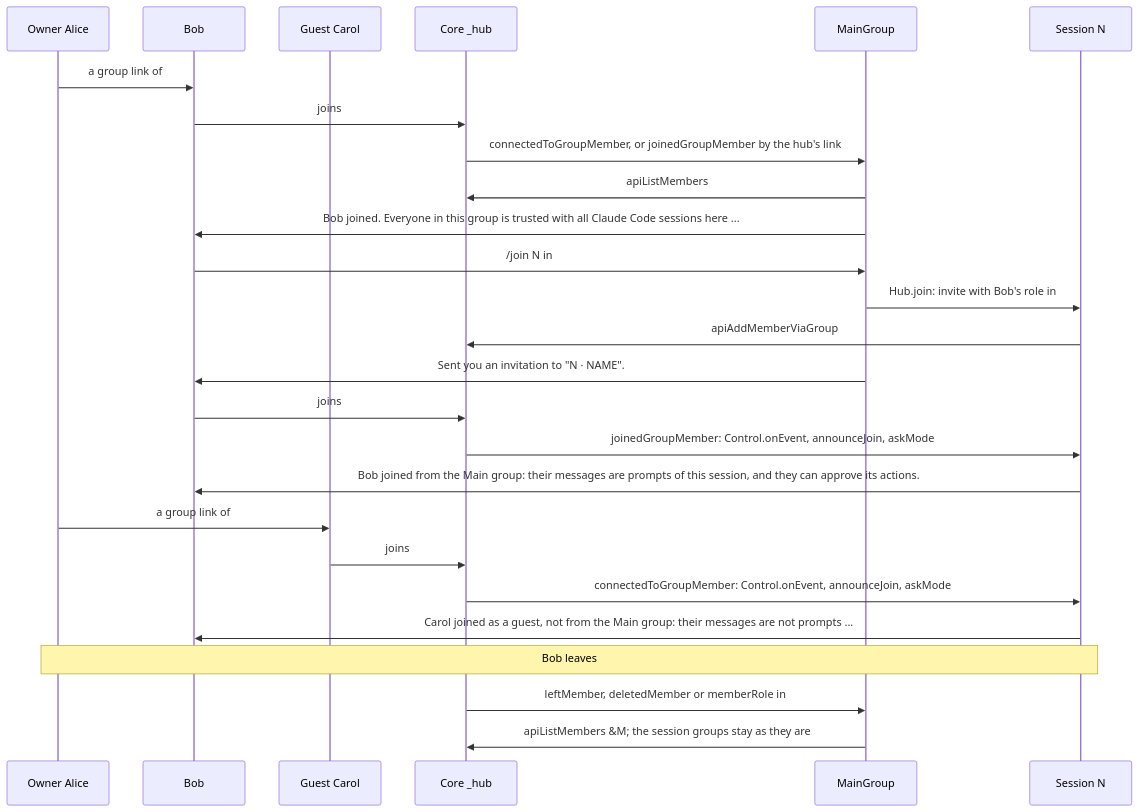
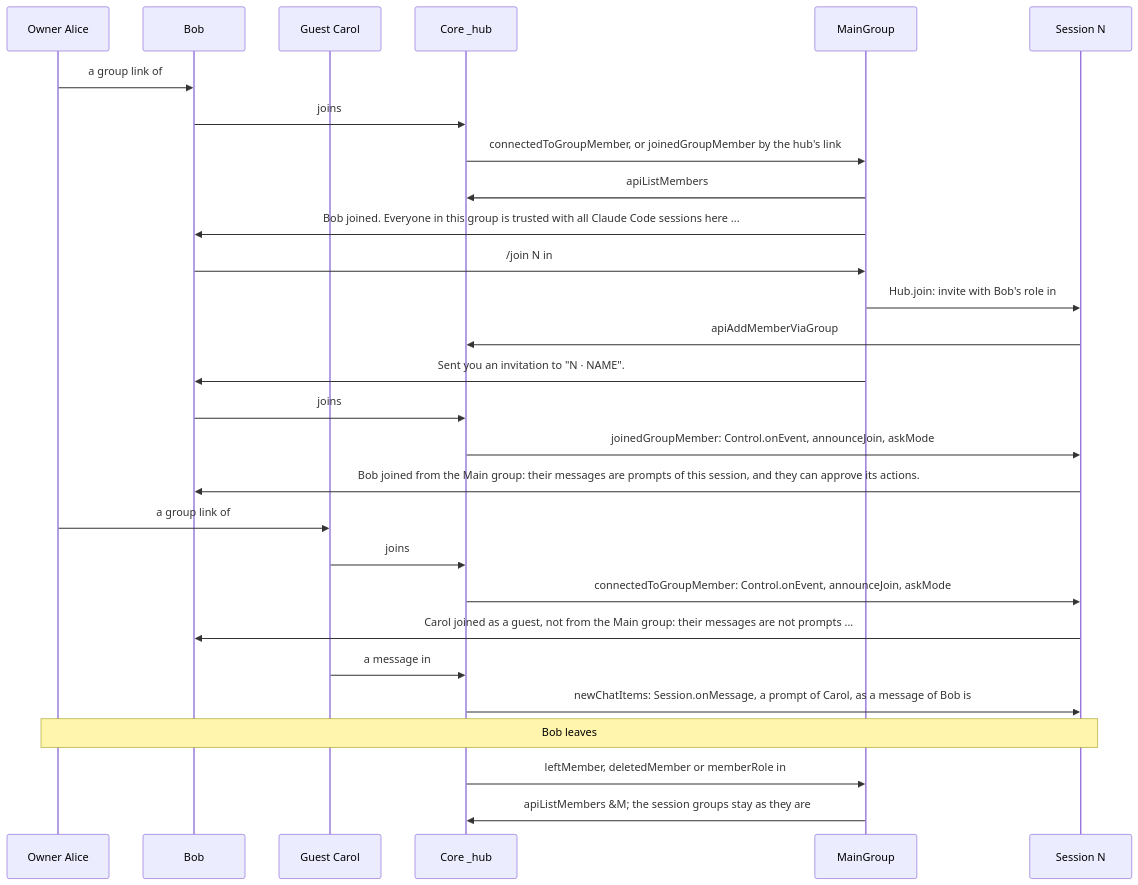
One commit to simplex-chat/simplex-chat changed diagram 28 of 30 in packages/simplex-chat-mcp/spec/flows.md. Above: the diagram before and after it, drawn with Mermaid. The commit also changed other lines of this file and 3 other files, not shown here.

````diff
--- a/packages/simplex-chat-mcp/spec/flows.md
+++ b/packages/simplex-chat-mcp/spec/flows.md
@@ -1208,28 +1220,30 @@
 ```mermaid
 sequenceDiagram
   participant A as Owner Alice
   participant B as Bob
   participant G as Guest Carol
   participant C as Core _hub
   participant M as MainGroup
   participant N as Session N
   A->>B: a group link of #M, or an invitation of a contact
   B->>C: joins #M
   C->>M: connectedToGroupMember, or joinedGroupMember by the hub's link
   M->>C: apiListMembers #M: Bob a current member
   M->>B: Bob joined. Everyone in this group is trusted with all Claude Code sessions here ...
   B->>M: /join N in #M
   M->>N: Hub.join: invite with Bob's role in #M
   N->>C: apiAddMemberViaGroup #G via #M, apiSetGroupCustomData #G invited + Bob
   M->>B: Sent you an invitation to "N · NAME".
   B->>C: joins #G
   C->>N: joinedGroupMember: Control.onEvent, announceJoin, askMode
   N->>B: Bob joined from the Main group: their messages are prompts of this session, and they can approve its actions.
   A->>G: a group link of #G, or an invitation of a contact
   G->>C: joins #G
   C->>N: connectedToGroupMember: Control.onEvent, announceJoin, askMode
   N->>B: Carol joined as a guest, not from the Main group: their messages are not prompts ...
+  G->>C: a message in #G
+  C->>N: newChatItems: Session.onMessage, a prompt of Carol, as a message of Bob is
   Note over A,N: Bob leaves #M, is removed from it, or gets another role there
   C->>M: leftMember, deletedMember or memberRole in #M
   M->>C: apiListMembers #M; the session groups stay as they are
 ```
````
